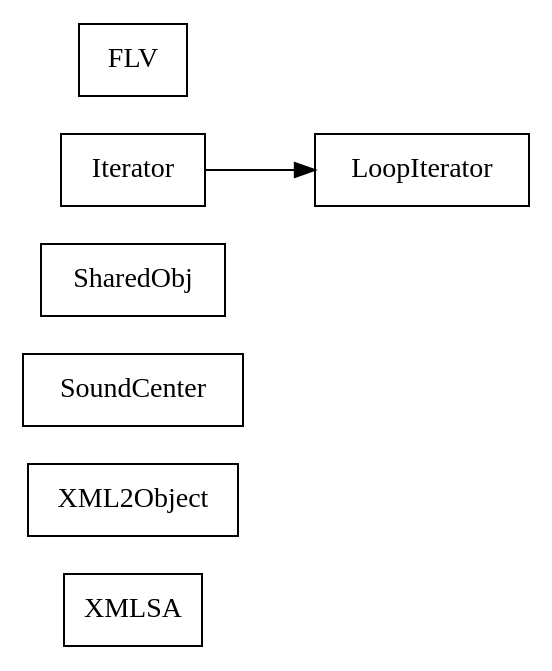
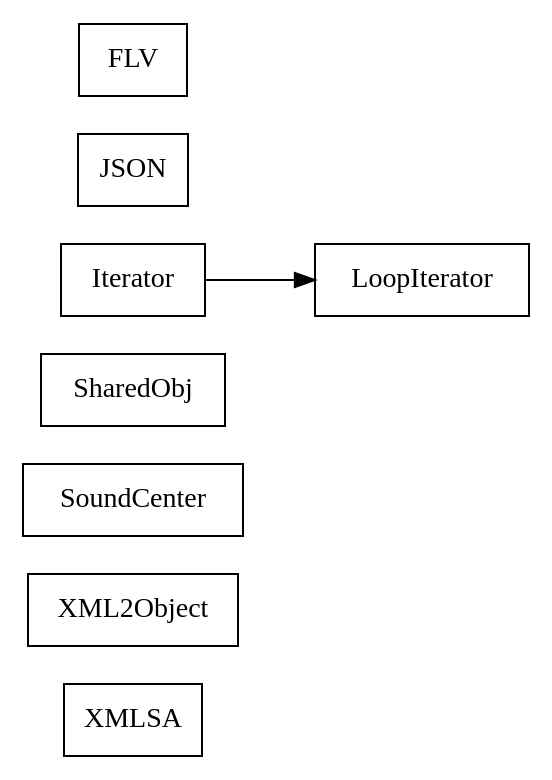
The diagram in docs/com/sekati/data/classes.dot (sekati/sasapi), drawn with Graphviz before and after one commit. The commit also changed 62 other files, not shown here.

```diff
--- a/docs/com/sekati/data/classes.dot
+++ b/docs/com/sekati/data/classes.dot
@@ -1,46 +1,52 @@
 strict digraph class_diagram {
   rankdir=LR;
   TypeXMLSA[
     label="XMLSA",
     URL="XMLSA.html",
     tooltip="com.sekati.data.XMLSA",
     shape="record"
   ];
   TypeXML2Object[
     label="XML2Object",
     URL="XML2Object.html",
     tooltip="com.sekati.data.XML2Object",
     shape="record"
   ];
   TypeSoundCenter[
     label="SoundCenter",
     URL="SoundCenter.html",
     tooltip="com.sekati.data.SoundCenter",
     shape="record"
   ];
   TypeSharedObj[
     label="SharedObj",
     URL="SharedObj.html",
     tooltip="com.sekati.data.SharedObj",
     shape="record"
   ];
   TypeLoopIterator[
     label="LoopIterator",
     URL="LoopIterator.html",
     tooltip="com.sekati.data.LoopIterator",
     shape="record"
   ];
+  TypeJSON[
+    label="JSON",
+    URL="JSON.html",
+    tooltip="com.sekati.data.JSON",
+    shape="record"
+  ];
   TypeIterator[
     label="Iterator",
     URL="Iterator.html",
     tooltip="com.sekati.data.Iterator",
     shape="record"
   ];
   TypeFLV[
     label="FLV",
     URL="FLV.html",
     tooltip="com.sekati.data.FLV",
     shape="record"
   ];
   TypeIterator -> TypeLoopIterator;
 }
```
